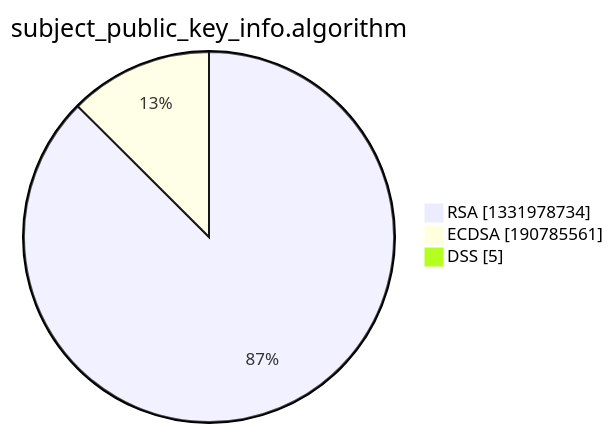
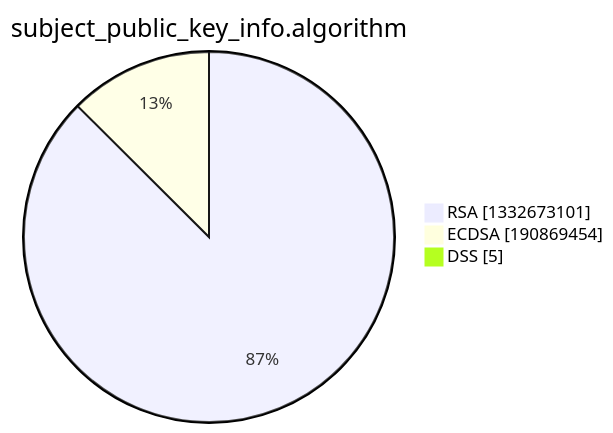
One commit to christiankrug/ctmonitor_visualization changed the third of 15 diagrams in xenon2022/README.md. Above: the diagram before and after it, drawn with Mermaid. The commit also changed other lines of this file, not shown here.

````diff
--- a/xenon2022/README.md
+++ b/xenon2022/README.md
@@ -14,7 +14,7 @@
 ```mermaid
 pie showData
 title subject_public_key_info.algorithm
-"RSA" :1331978734
-"ECDSA" :190785561
+"RSA" :1332673101
+"ECDSA" :190869454
 "DSS" :5
 ```
````
